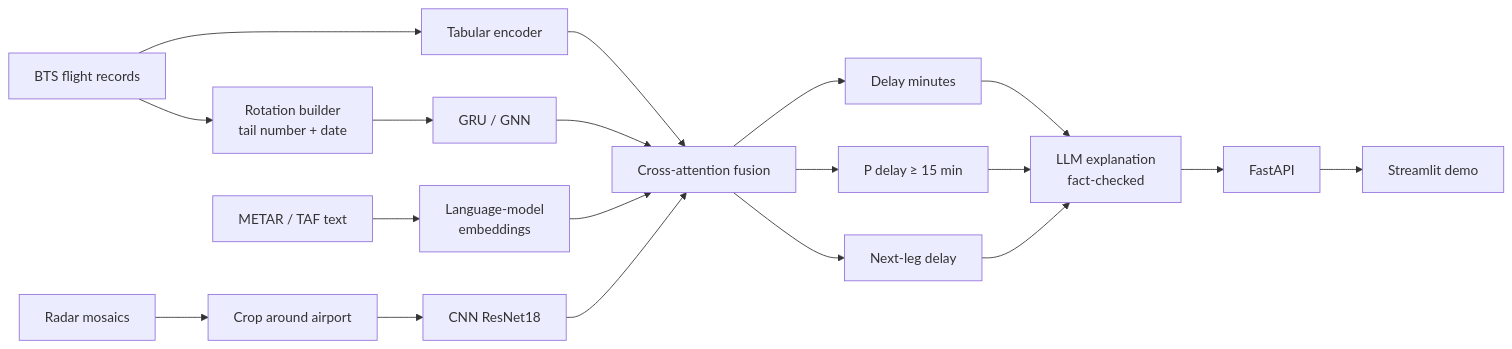
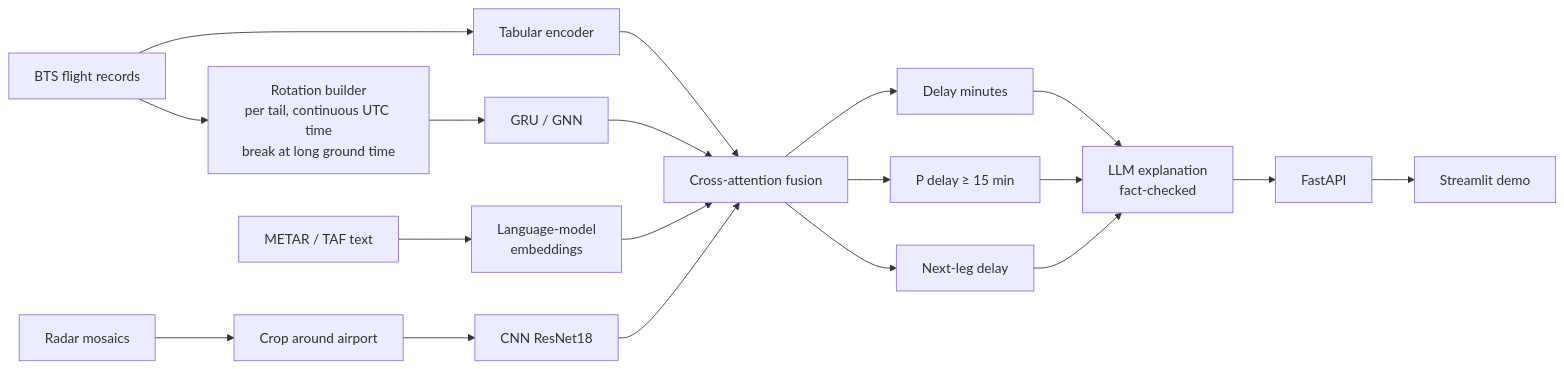
The diagram in README.md (laabidi-ahmed-ai/multimodal-flight-delay-propagation), drawn with Mermaid before and after one commit. The commit also changed other lines of this file and 7 other files, not shown here.

````diff
--- a/README.md
+++ b/README.md
@@ -108,16 +108,16 @@
 ```mermaid
 flowchart LR
     A[BTS flight records] --> T[Tabular encoder]
-    A --> R[Rotation builder<br/>tail number + date] --> G[GRU / GNN]
+    A --> R[Rotation builder<br/>per tail, continuous UTC time<br/>break at long ground time] --> G[GRU / GNN]
     M[METAR / TAF text] --> L[Language-model<br/>embeddings]
     X[Radar mosaics] --> C[Crop around airport] --> N[CNN ResNet18]
     T --> F[Cross-attention fusion]
     G --> F
     L --> F
     N --> F
     F --> O1[Delay minutes]
     F --> O2[P delay ≥ 15 min]
     F --> O3[Next-leg delay]
     O1 & O2 & O3 --> E[LLM explanation<br/>fact-checked]
     E --> API[FastAPI] --> UI[Streamlit demo]
 ```
````
